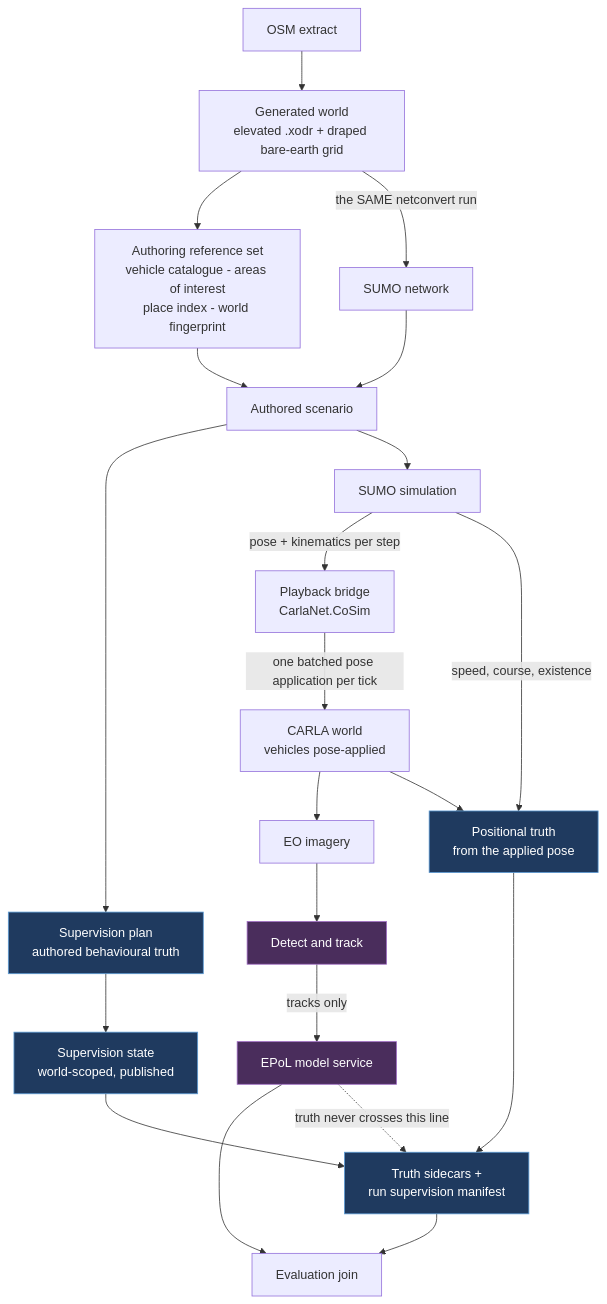
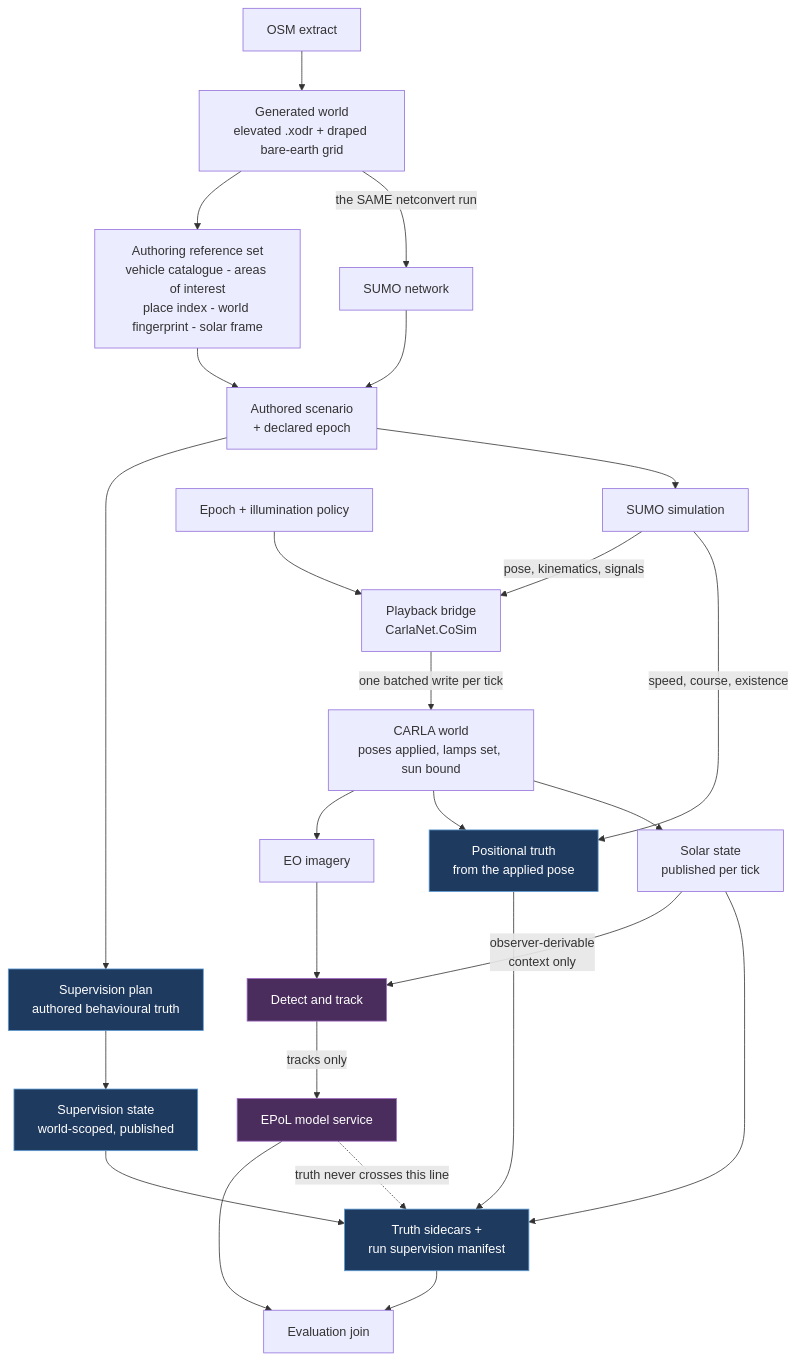
One commit to sbrett9/carla changed the diagram in Docs/CAT_Research/Plans/SUMO_Behavioral_Capture/00_Overview.md. Above: the diagram before and after it, drawn with Mermaid. The commit also changed other lines of this file and 15 other files, not shown here.

````diff
--- a/Docs/CAT_Research/Plans/SUMO_Behavioral_Capture/00_Overview.md
+++ b/Docs/CAT_Research/Plans/SUMO_Behavioral_Capture/00_Overview.md
@@ -20,33 +23,36 @@
 ```mermaid
 flowchart TB
     OSM["OSM extract"] --> W["Generated world<br/>elevated .xodr + draped bare-earth grid"]
-    W --> REF["Authoring reference set<br/>vehicle catalogue - areas of interest<br/>place index - world fingerprint"]
+    W --> REF["Authoring reference set<br/>vehicle catalogue - areas of interest<br/>place index - world fingerprint - solar frame"]
     W -->|"the SAME netconvert run"| NET["SUMO network"]
-    NET --> SC["Authored scenario"]
+    NET --> SC["Authored scenario<br/>+ declared epoch"]
     REF --> SC
     SC --> SUP["Supervision plan<br/>authored behavioural truth"]
 
     SC --> SUMO["SUMO simulation"]
-    SUMO -->|"pose + kinematics per step"| BR["Playback bridge<br/>CarlaNet.CoSim"]
-    BR -->|"one batched pose application per tick"| CAR["CARLA world<br/>vehicles pose-applied"]
+    SUMO -->|"pose, kinematics, signals"| BR["Playback bridge<br/>CarlaNet.CoSim"]
+    EP["Epoch + illumination policy"] --> BR
+    BR -->|"one batched write per tick"| CAR["CARLA world<br/>poses applied, lamps set, sun bound"]
 
     CAR --> IMG["EO imagery"]
     CAR --> PT["Positional truth<br/>from the applied pose"]
+    CAR --> SOL["Solar state<br/>published per tick"]
     SUP --> SS["Supervision state<br/>world-scoped, published"]
     SUMO -->|"speed, course, existence"| PT
 
     IMG --> DT["Detect and track"]
+    SOL -->|"observer-derivable<br/>context only"| DT
     DT -->|"tracks only"| EPOL["EPoL model service"]
     PT --> SIDE["Truth sidecars +<br/>run supervision manifest"]
     SS --> SIDE
+    SOL --> SIDE
 
     EPOL --> EV["Evaluation join"]
     SIDE --> EV
-
     EPOL -.->|"truth never crosses this line"| SIDE
 
     classDef truth fill:#1f3a5f,stroke:#5b9bd5,color:#fff
     classDef model fill:#4a2d5c,stroke:#a06cc4,color:#fff
     class PT,SS,SIDE,SUP truth
     class DT,EPOL model
 ```
````
